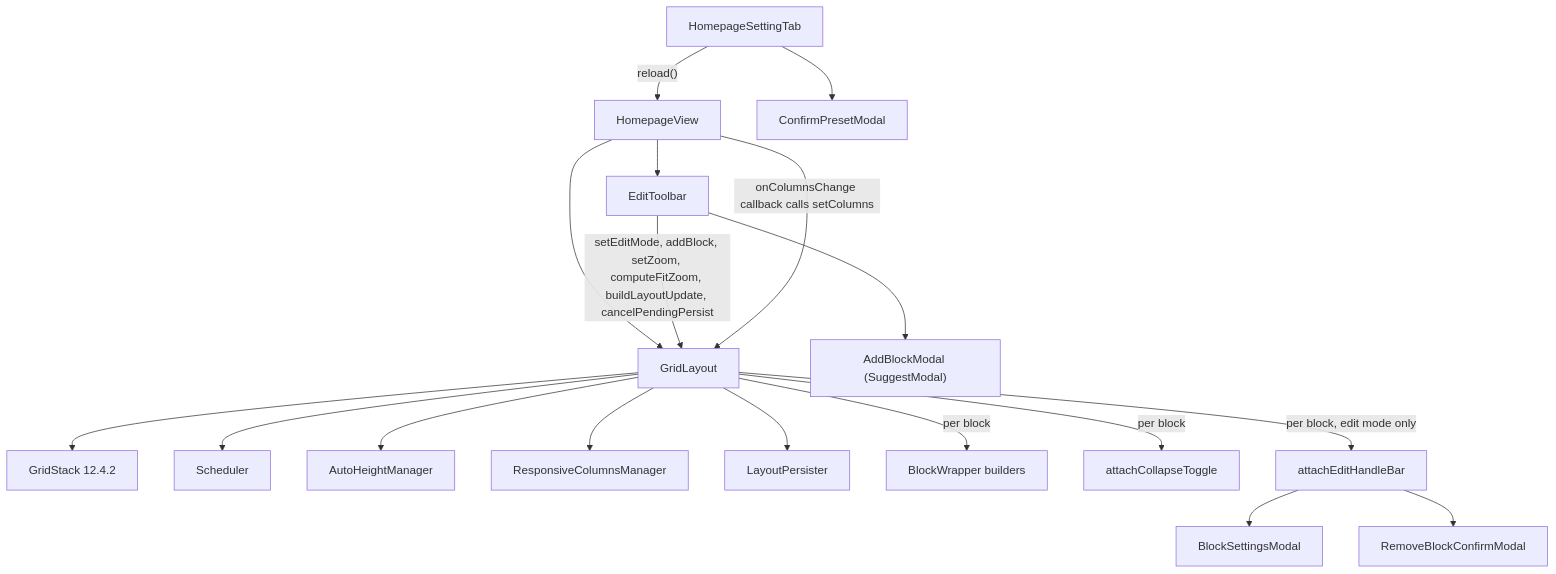
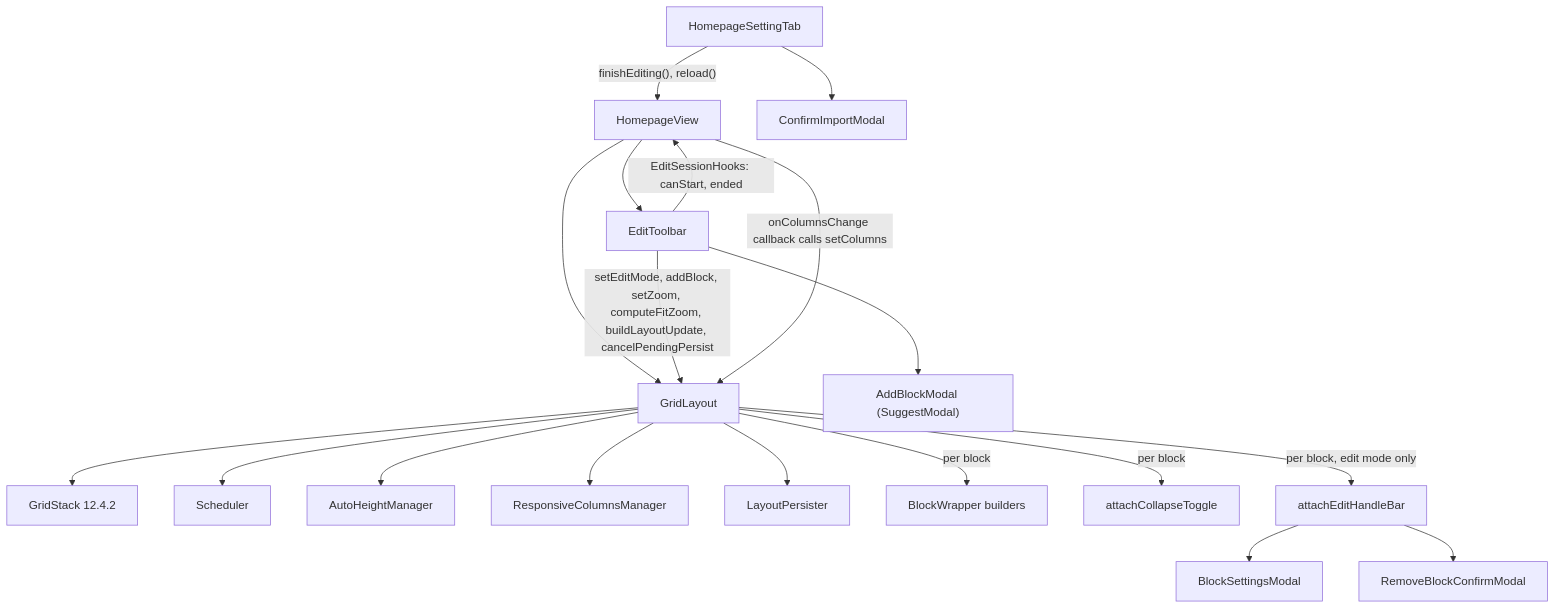
The first of 4 diagrams in docs/api/grid.md (acaprino/obsidian-plugin-homepage), drawn with Mermaid before and after one commit. The commit also changed other lines of this file and 10 other files, not shown here.

Commit message:
docs: developer docs follow the X-ray fixes (sync reload, import, reset, voice, grid)

````diff
--- a/docs/api/grid.md
+++ b/docs/api/grid.md
@@ -70,20 +70,21 @@
 ```mermaid
 flowchart TD
   HV["HomepageView"] --> GL["GridLayout"]
   HV --> ET["EditToolbar"]
   ET -->|"setEditMode, addBlock, setZoom, computeFitZoom, buildLayoutUpdate, cancelPendingPersist"| GL
   HV -->|"onColumnsChange callback calls setColumns"| GL
   ET --> ABM["AddBlockModal (SuggestModal)"]
   GL --> GS["GridStack 12.4.2"]
   GL --> SCH["Scheduler"]
   GL --> AH["AutoHeightManager"]
   GL --> RC["ResponsiveColumnsManager"]
   GL --> LP["LayoutPersister"]
   GL -->|"per block"| BW["BlockWrapper builders"]
   GL -->|"per block"| CT["attachCollapseToggle"]
   GL -->|"per block, edit mode only"| EHB["attachEditHandleBar"]
   EHB --> BSM["BlockSettingsModal"]
   EHB --> RBC["RemoveBlockConfirmModal"]
-  ST["HomepageSettingTab"] --> CPM["ConfirmPresetModal"]
-  ST -->|"reload()"| HV
+  ST["HomepageSettingTab"] --> CIM["ConfirmImportModal"]
+  ST -->|"finishEditing(), reload()"| HV
+  ET -->|"EditSessionHooks: canStart, ended"| HV
 ```
````
